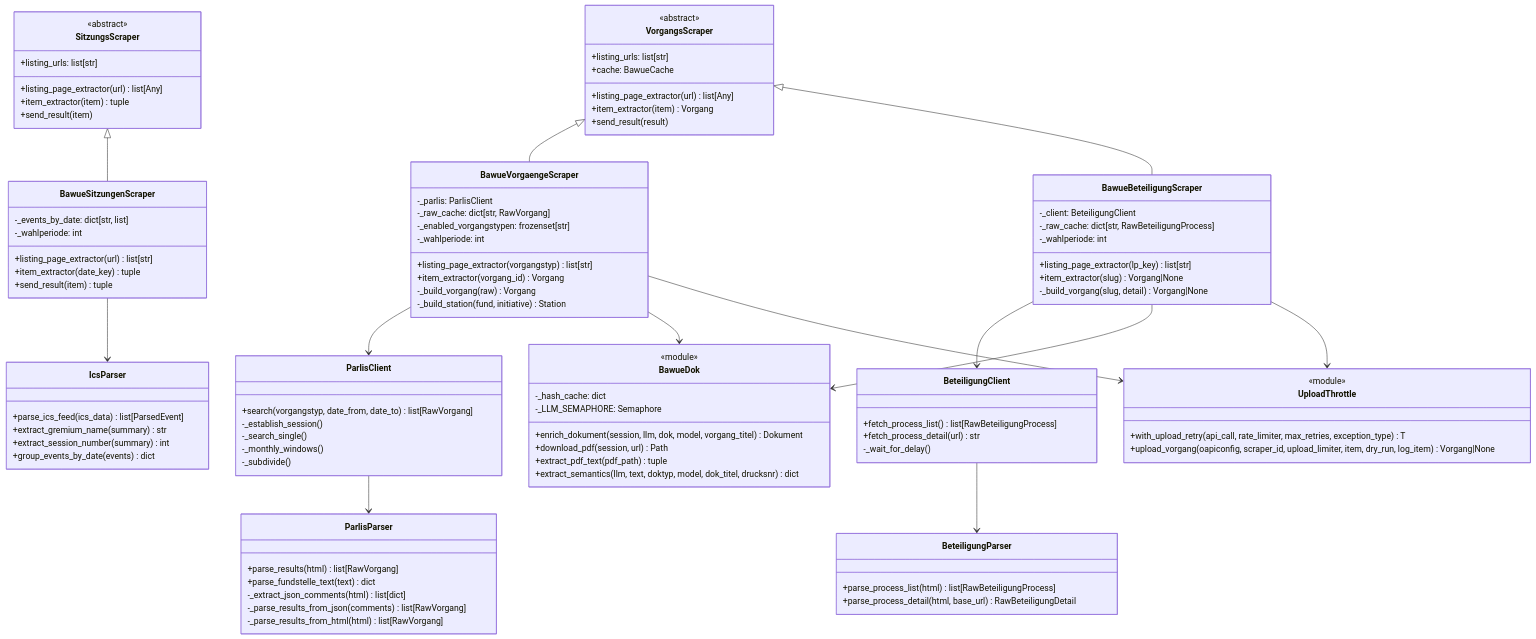
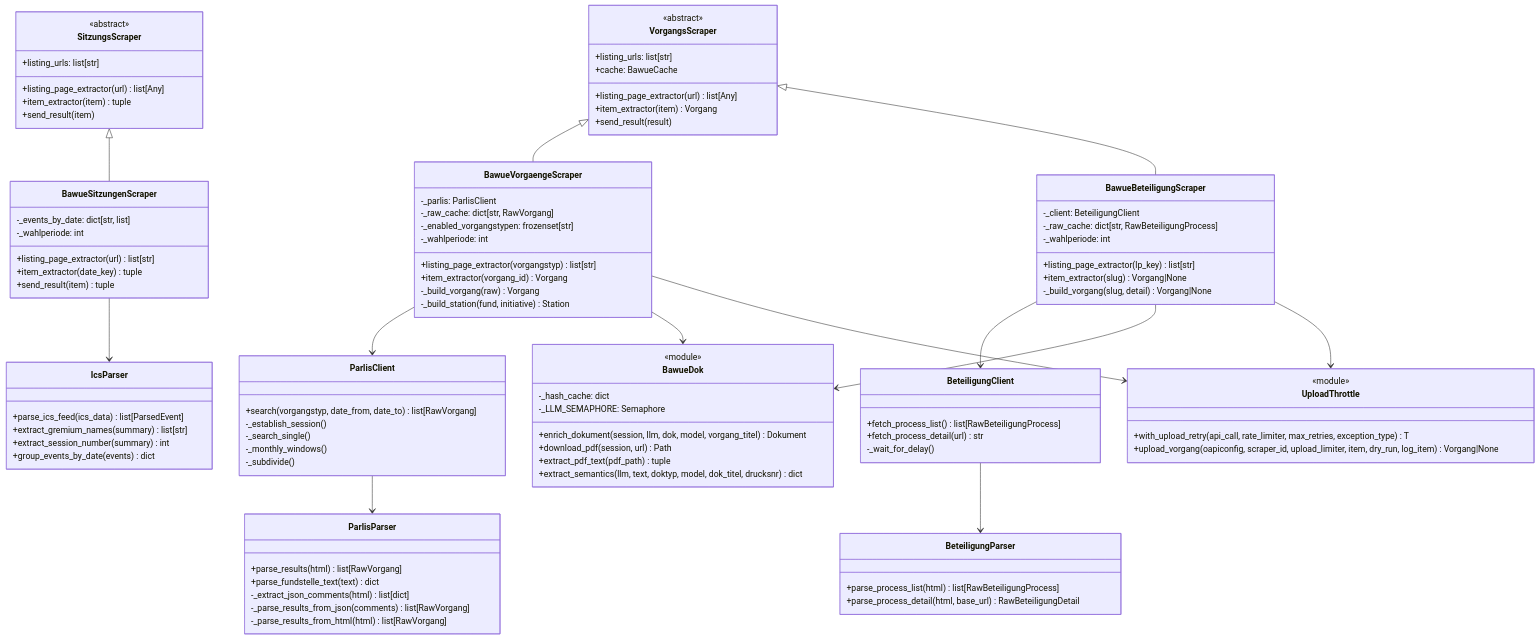
One commit to Parlamentszusammenfasser/pazufa-scraper-bw changed the third of 4 diagrams in docs/architecture.md. Above: the diagram before and after it, drawn with Mermaid. The commit also changed other lines of this file and 9 other files, not shown here.

```diff
--- a/docs/architecture.md
+++ b/docs/architecture.md
@@ -221,7 +221,7 @@
 
     class IcsParser {
         +parse_ics_feed(ics_data) list[ParsedEvent]
-        +extract_gremium_name(summary) str
+        +extract_gremium_names(summary) list[str]
         +extract_session_number(summary) int
         +group_events_by_date(events) dict
     }
```
